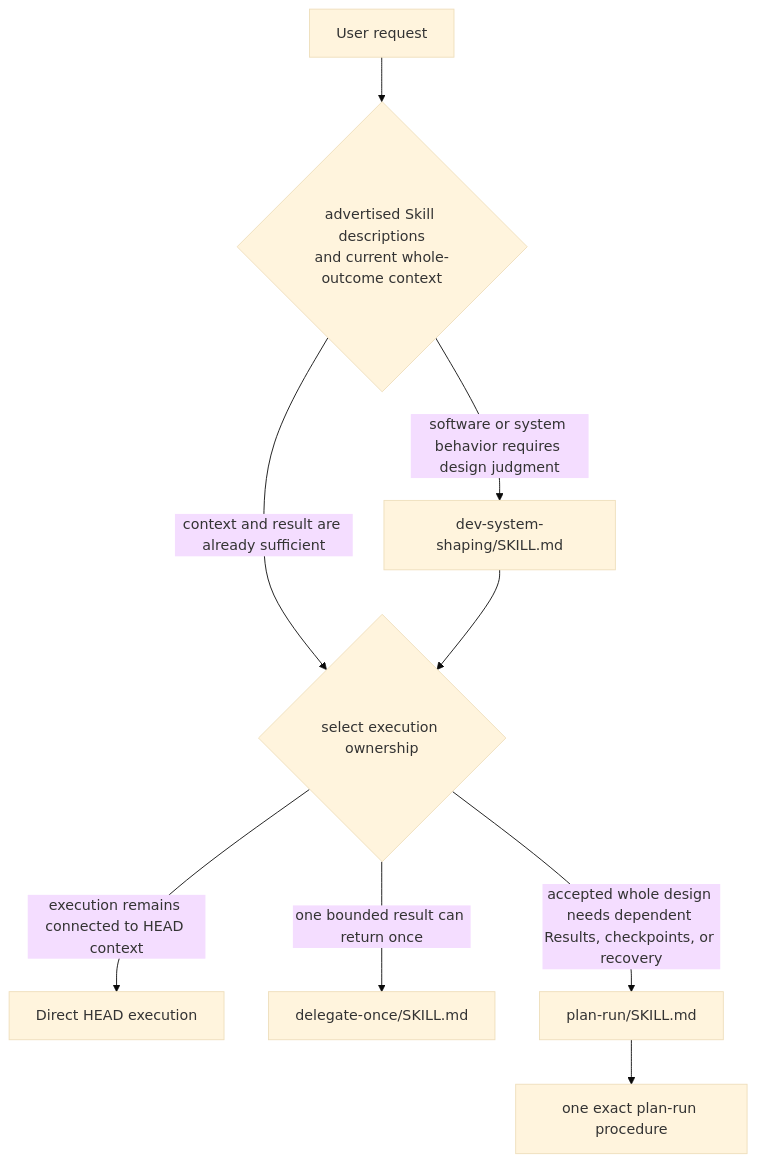
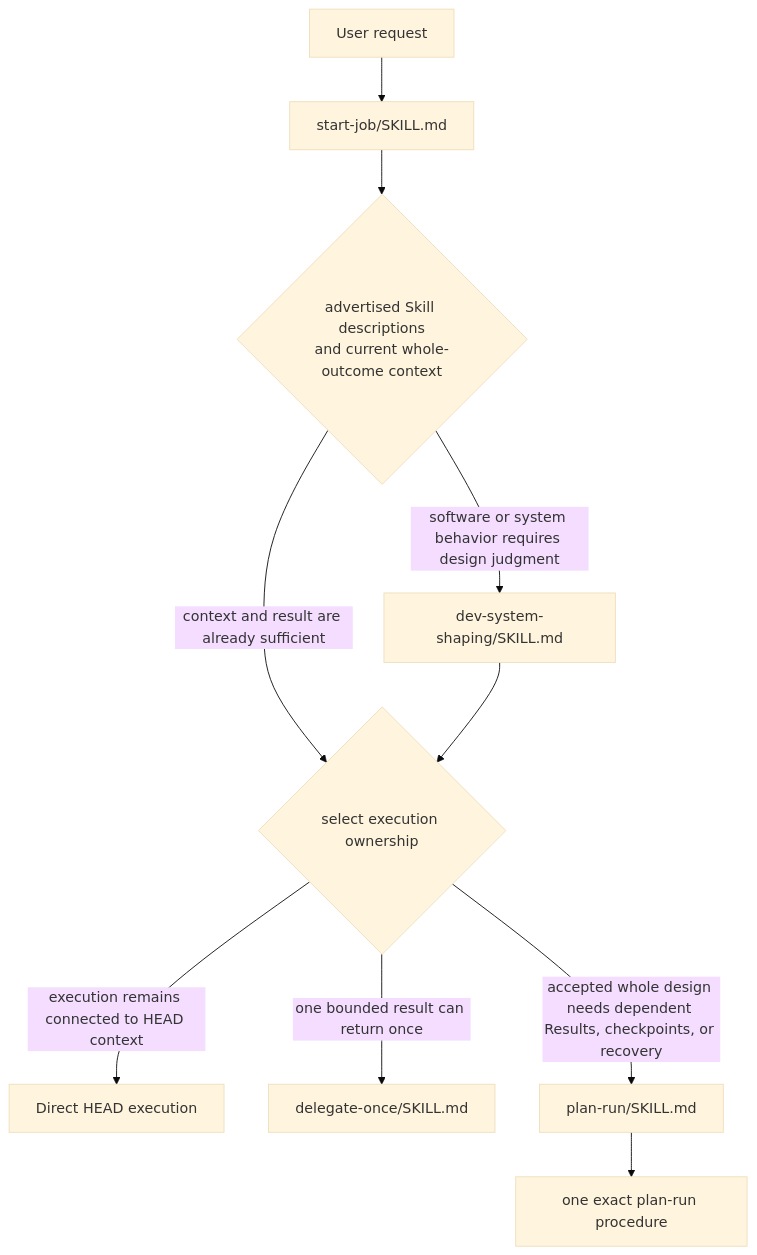
Before and after one commit to Won6314/head-agent-core: the first of 2 diagrams in packages/core/theory/context-management/instruction-routing-map.md, drawn with Mermaid (base theme). The commit also changed other lines of this file and 173 other files, not shown here.

````diff
--- a/packages/core/theory/context-management/instruction-routing-map.md
+++ b/packages/core/theory/context-management/instruction-routing-map.md
@@ -22,11 +22,12 @@
 ```mermaid
 flowchart TD
-    R["User request"] --> S{"advertised Skill descriptions<br/>and current whole-outcome context"}
+    R["User request"] --> SJ["start-job/SKILL.md"]
+    SJ --> S{"advertised Skill descriptions<br/>and current whole-outcome context"}
     S -->|"software or system behavior requires design judgment"| DS["dev-system-shaping/SKILL.md"]
     S -->|"context and result are already sufficient"| M{"select execution ownership"}
     DS --> M
     M -->|"execution remains connected to HEAD context"| DIRECT["Direct HEAD execution"]
     M -->|"one bounded result can return once"| ONCE["delegate-once/SKILL.md"]
     M -->|"accepted whole design needs dependent Results, checkpoints, or recovery"| PLAN["plan-run/SKILL.md"]
     PLAN --> PROCEDURE["one exact plan-run procedure"]
 ```
````
